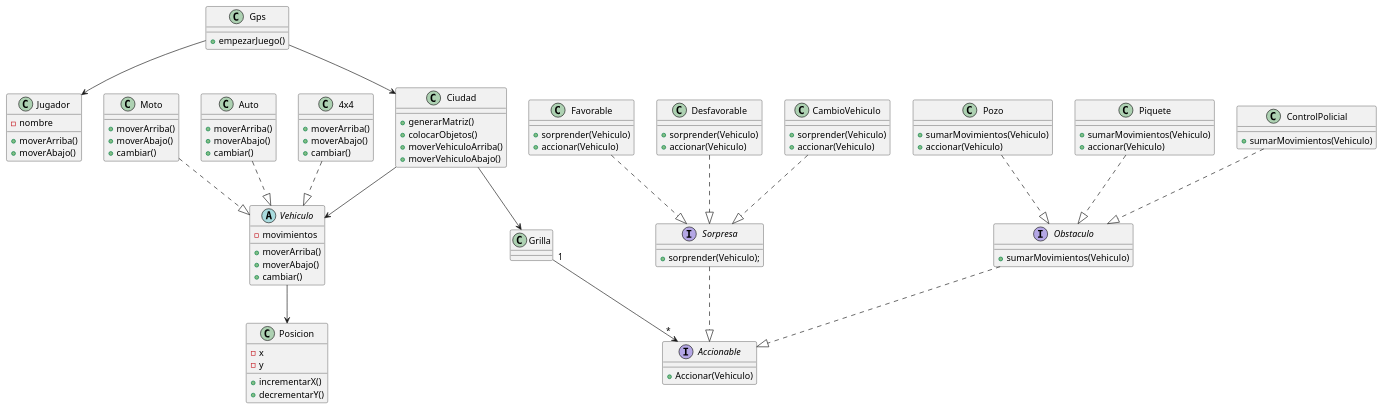
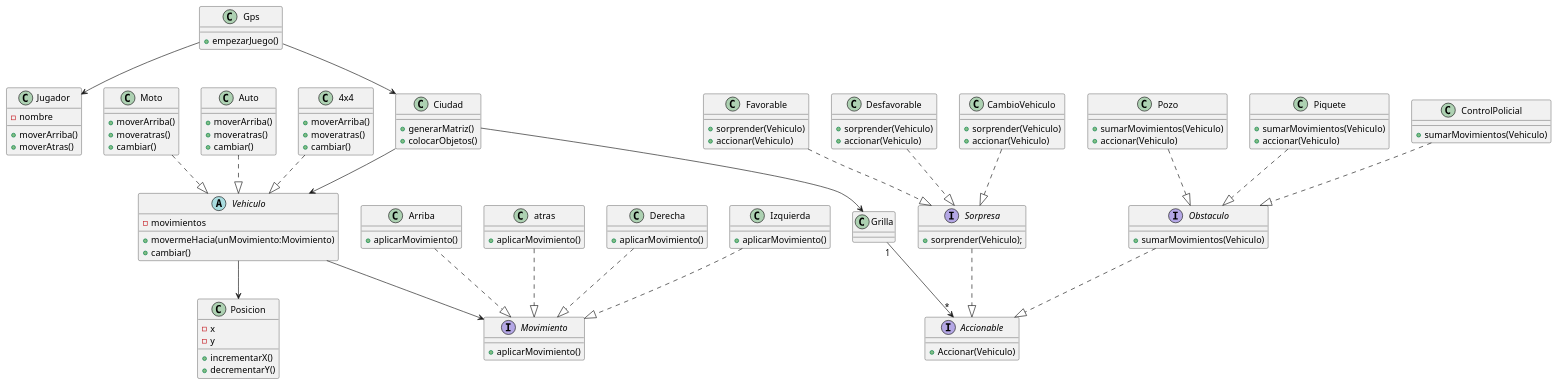
Before and after one commit to kikiymini/algo3_tp2: the diagram in Entrega1/DiagramaDeClases.puml, drawn with PlantUML. The commit also changed 12 other files, not shown here.

Commit message:
Pruebas de Movimiento, clases, diagrama

```diff
--- a/Entrega1/DiagramaDeClases.puml
+++ b/Entrega1/DiagramaDeClases.puml
@@ -1,122 +1,143 @@
 @startuml
 'https://plantuml.com/class-diagram
 
 class Gps{
     + empezarJuego()
 }
 
 class Jugador{
     - nombre
 
     + moverArriba()
-    + moverAbajo()
+    + moverAtras()
 }
 
 abstract Vehiculo{
     - movimientos
-    + moverArriba()
-    + moverAbajo()
+    + movermeHacia(unMovimiento:Movimiento)
     + cambiar()
 }
 
 interface Accionable{
     +Accionar(Vehiculo)
 }
 
 class Moto{
     + moverArriba()
-    + moverAbajo()
+    + moveratras()
     + cambiar()
 }
 class Auto{
     + moverArriba()
-    + moverAbajo()
+    + moveratras()
     + cambiar()
 }
 
 class 4x4{
     + moverArriba()
-    + moverAbajo()
+    + moveratras()
     + cambiar()
 }
 
 class Ciudad{
     + generarMatriz()
     + colocarObjetos()
-    + moverVehiculoArriba()
-    + moverVehiculoAbajo()
 }
 
 class Posicion{
     - x
     - y
     + incrementarX()
     + decrementarY()
 }
 
 interface Sorpresa{
     + sorprender(Vehiculo);
 }
 
 class Favorable{
     + sorprender(Vehiculo)
     + accionar(Vehiculo)
 }
 
 class Desfavorable{
     + sorprender(Vehiculo)
     + accionar(Vehiculo)
 }
 
 class CambioVehiculo{
     + sorprender(Vehiculo)
     + accionar(Vehiculo)
 }
 
 interface Obstaculo{
     + sumarMovimientos(Vehiculo)
 }
 
 class Pozo{
     + sumarMovimientos(Vehiculo)
      + accionar(Vehiculo)
 }
 
 class Piquete{
     + sumarMovimientos(Vehiculo)
     + accionar(Vehiculo)
 }
 
 class ControlPolicial{
     + sumarMovimientos(Vehiculo)
 
 }
 
 
 Moto ..|> Vehiculo
 Auto ..|> Vehiculo
 4x4 ..|> Vehiculo
 Gps --> Jugador
 Gps --> Ciudad
 Vehiculo --> Posicion
 Pozo ..|> Obstaculo
 
 Piquete ..|> Obstaculo
 
 ControlPolicial ..|> Obstaculo
 
 Grilla "1" --> "*" Accionable
 Ciudad --> Vehiculo
 Ciudad --> Grilla
 Favorable ..|> Sorpresa
 
 Desfavorable ..|> Sorpresa
 
 CambioVehiculo ..|> Sorpresa
 
 
 Sorpresa ..|> Accionable
 Obstaculo ..|> Accionable
 
+interface Movimiento{
++aplicarMovimiento()
+}
+
+class Arriba{
++aplicarMovimiento()
+}
+class atras{
++aplicarMovimiento()
+}
+class Derecha{
++aplicarMovimiento()
+}
+class Izquierda{
++aplicarMovimiento()
+}
+
+Arriba ..|>Movimiento
+atras ..|>Movimiento
+Derecha ..|>Movimiento
+Izquierda ..|>Movimiento
+
+Vehiculo --> Movimiento
+
 
 @enduml
```
